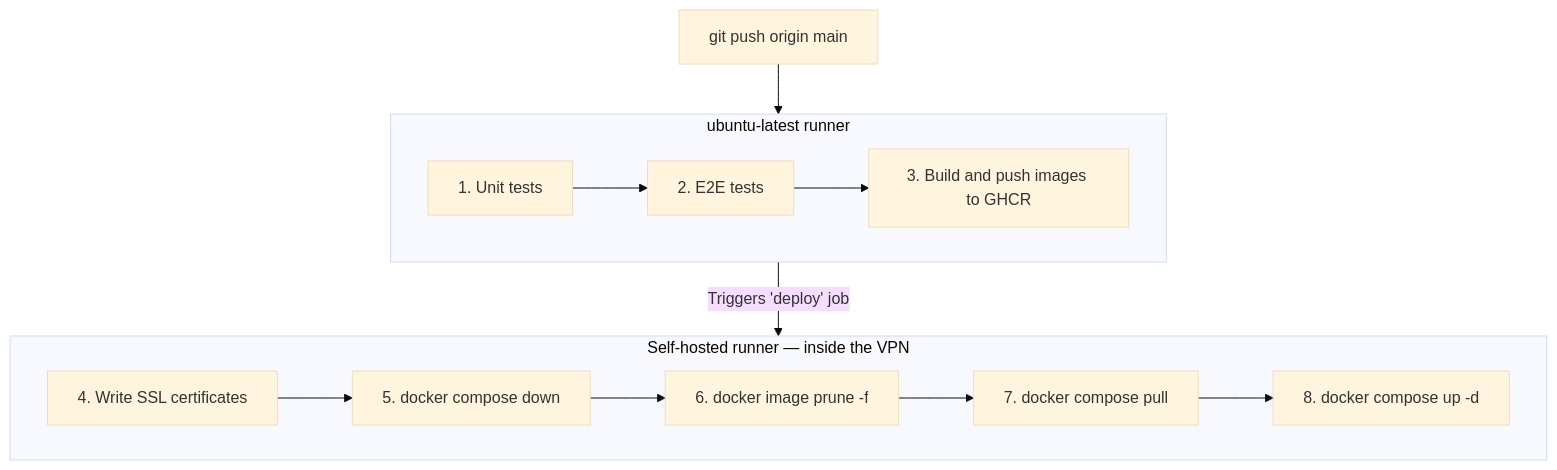
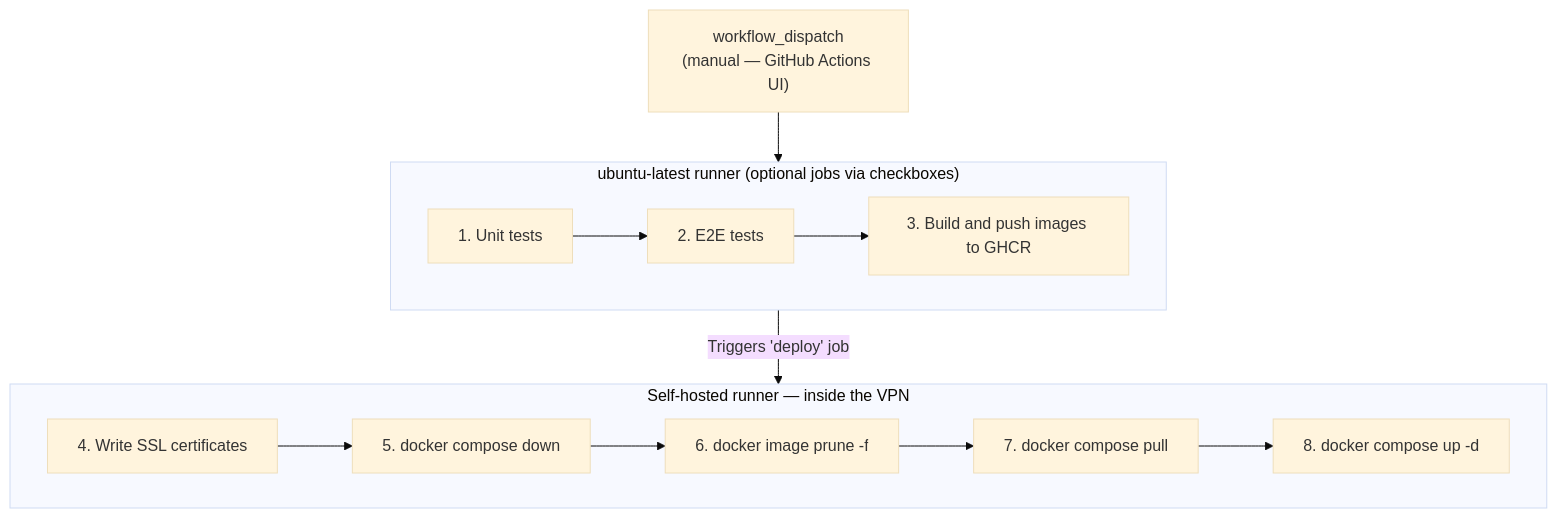
One commit to Murias10/TeachingPlanner changed the second of 2 diagrams in docs/manual_instalacion.md. Above: the diagram before and after it, drawn with Mermaid (base theme). The commit also changed other lines of this file and 7 other files, not shown here.

````diff
--- a/docs/manual_instalacion.md
+++ b/docs/manual_instalacion.md
@@ -444,24 +444,24 @@
 ```mermaid
 flowchart TD
-    Push["git push origin main"]
+    Dispatch["workflow_dispatch\n(manual — GitHub Actions UI)"]
 
-    Push --> StdRunner
+    Dispatch --> StdRunner
 
-    subgraph StdRunner["ubuntu-latest runner"]
+    subgraph StdRunner["ubuntu-latest runner (optional jobs via checkboxes)"]
         T1["1. Unit tests"]
         T2["2. E2E tests"]
         T3["3. Build and push images to GHCR"]
         T1 --> T2 --> T3
     end
 
     StdRunner -->|"Triggers 'deploy' job"| SelfRunner
 
     subgraph SelfRunner["Self-hosted runner — inside the VPN"]
         D1["4. Write SSL certificates"]
         D2["5. docker compose down"]
         D3["6. docker image prune -f"]
         D4["7. docker compose pull"]
         D5["8. docker compose up -d"]
         D1 --> D2 --> D3 --> D4 --> D5
     end
 ```
````
